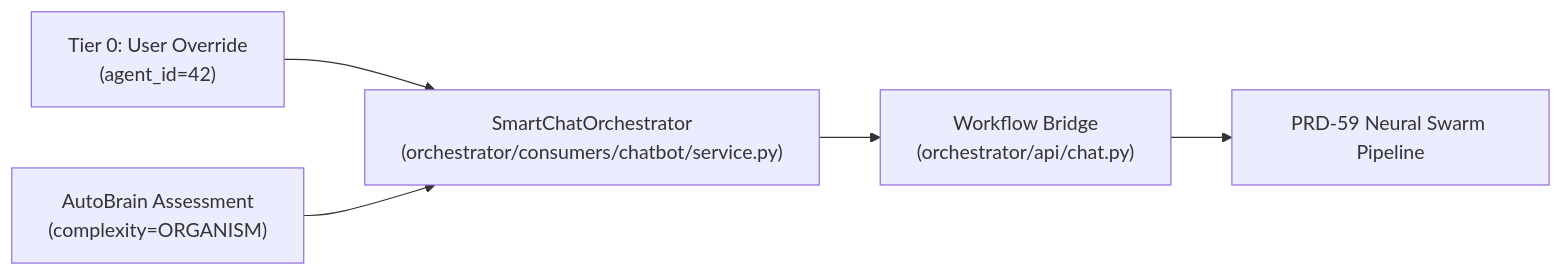
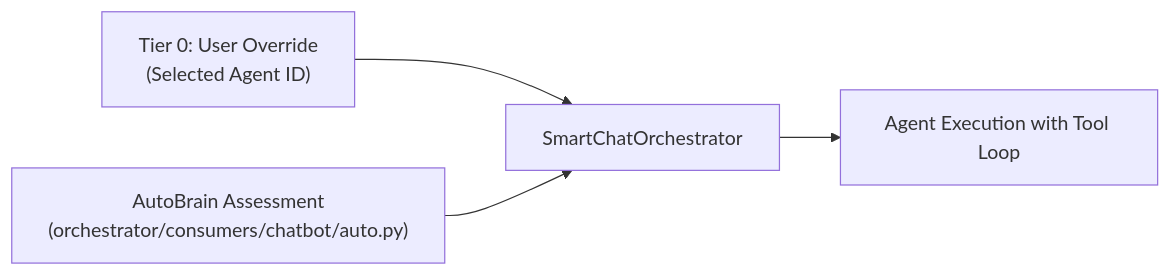
One commit to AutomatosAI/automatos-ai changed the third of 3 diagrams in docs/universal-router/tier-0-user-overrides.md. Above: the diagram before and after it, drawn with Mermaid. The commit also changed other lines of this file and 191 other files, not shown here.

````diff
--- a/docs/universal-router/tier-0-user-overrides.md
+++ b/docs/universal-router/tier-0-user-overrides.md
@@ -177,12 +177,10 @@
 ```mermaid
 graph LR
-    UserOverride["Tier 0: User Override<br/>(agent_id=42)"]
-    AutoBrain["AutoBrain Assessment<br/>(complexity=ORGANISM)"]
-    Executor["SmartChatOrchestrator<br/>(orchestrator/consumers/chatbot/service.py)"]
-    Bridge["Workflow Bridge<br/>(orchestrator/api/chat.py)"]
+    UserOverride["Tier 0: User Override<br/>(Selected Agent ID)"]
+    AutoBrain["AutoBrain Assessment<br/>(orchestrator/consumers/chatbot/auto.py)"]
+    Orchestrator["SmartChatOrchestrator"]
     
-    UserOverride --> Executor
-    AutoBrain --> Executor
-    Executor --> Bridge
-    Bridge --> Workflow["PRD-59 Neural Swarm Pipeline"]
+    UserOverride --> Orchestrator
+    AutoBrain --> Orchestrator
+    Orchestrator --> Execution["Agent Execution with Tool Loop"]
 ```
````
